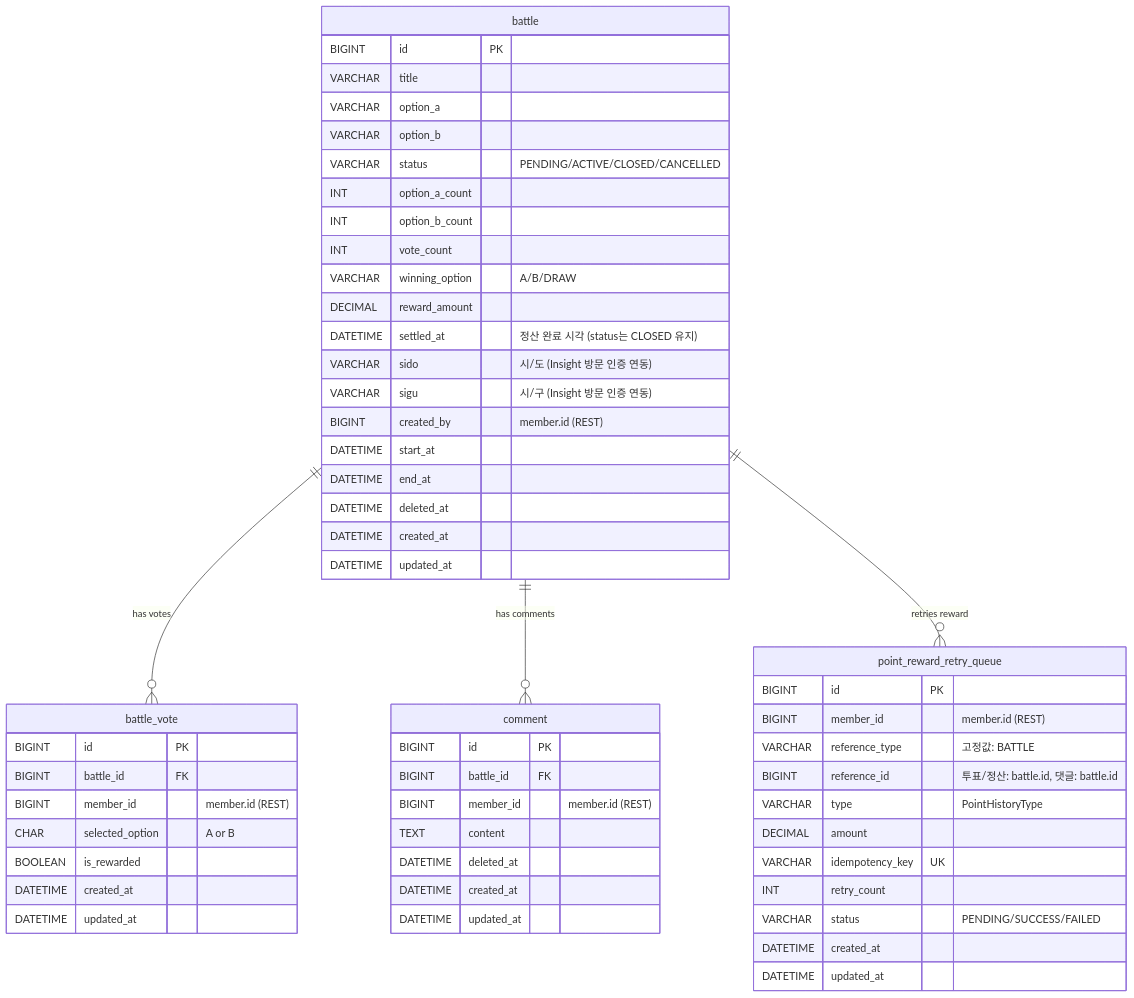
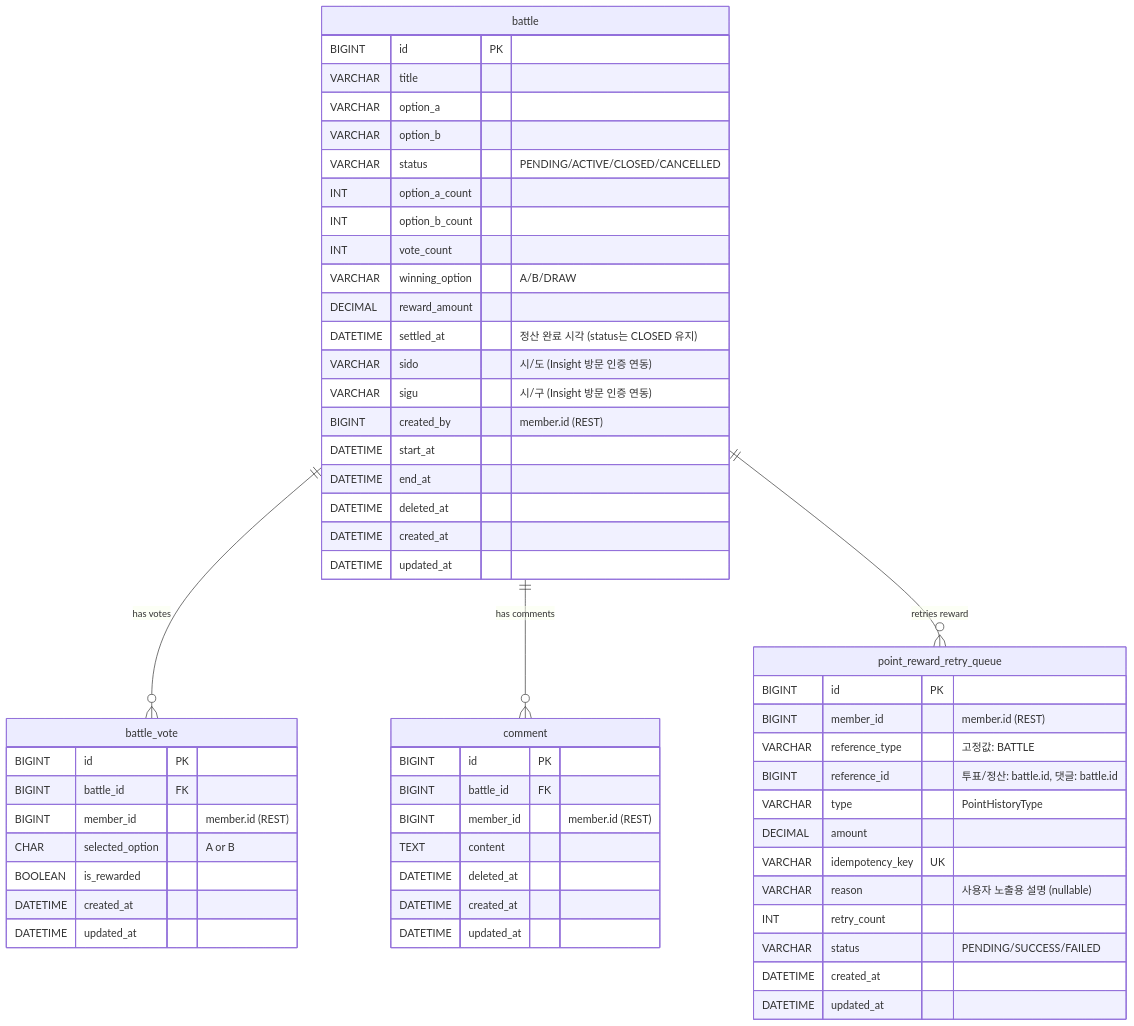
One commit to K-Ghwan99/todongsan changed the first of 4 diagrams in docs/battle/BATTLE_ERD.md. Above: the diagram before and after it, drawn with Mermaid. The commit also changed other lines of this file, not shown here.

Commit message:
docs: point_reward_retry_queue에 reason 컬럼 추가 반영 (ERD)

````diff
--- a/docs/battle/BATTLE_ERD.md
+++ b/docs/battle/BATTLE_ERD.md
@@ -25,62 +25,63 @@
 ```mermaid
 erDiagram
     battle ||--o{ battle_vote : "has votes"
     battle ||--o{ comment : "has comments"
     battle ||--o{ point_reward_retry_queue : "retries reward"
 
     battle {
         BIGINT id PK
         VARCHAR title
         VARCHAR option_a
         VARCHAR option_b
         VARCHAR status "PENDING/ACTIVE/CLOSED/CANCELLED"
         INT option_a_count
         INT option_b_count
         INT vote_count
         VARCHAR winning_option "A/B/DRAW"
         DECIMAL reward_amount
         DATETIME settled_at "정산 완료 시각 (status는 CLOSED 유지)"
         VARCHAR sido "시/도 (Insight 방문 인증 연동)"
         VARCHAR sigu "시/구 (Insight 방문 인증 연동)"
         BIGINT created_by "member.id (REST)"
         DATETIME start_at
         DATETIME end_at
         DATETIME deleted_at
         DATETIME created_at
         DATETIME updated_at
     }
 
     battle_vote {
         BIGINT id PK
         BIGINT battle_id FK
         BIGINT member_id "member.id (REST)"
         CHAR selected_option "A or B"
         BOOLEAN is_rewarded
         DATETIME created_at
         DATETIME updated_at
     }
 
     comment {
         BIGINT id PK
         BIGINT battle_id FK
         BIGINT member_id "member.id (REST)"
         TEXT content
         DATETIME deleted_at
         DATETIME created_at
         DATETIME updated_at
     }
 
     point_reward_retry_queue {
         BIGINT id PK
         BIGINT member_id "member.id (REST)"
         VARCHAR reference_type "고정값: BATTLE"
         BIGINT reference_id "투표/정산: battle.id, 댓글: battle.id"
         VARCHAR type "PointHistoryType"
         DECIMAL amount
         VARCHAR idempotency_key UK
+        VARCHAR reason "사용자 노출용 설명 (nullable)"
         INT retry_count
         VARCHAR status "PENDING/SUCCESS/FAILED"
         DATETIME created_at
         DATETIME updated_at
     }
 ```
````
